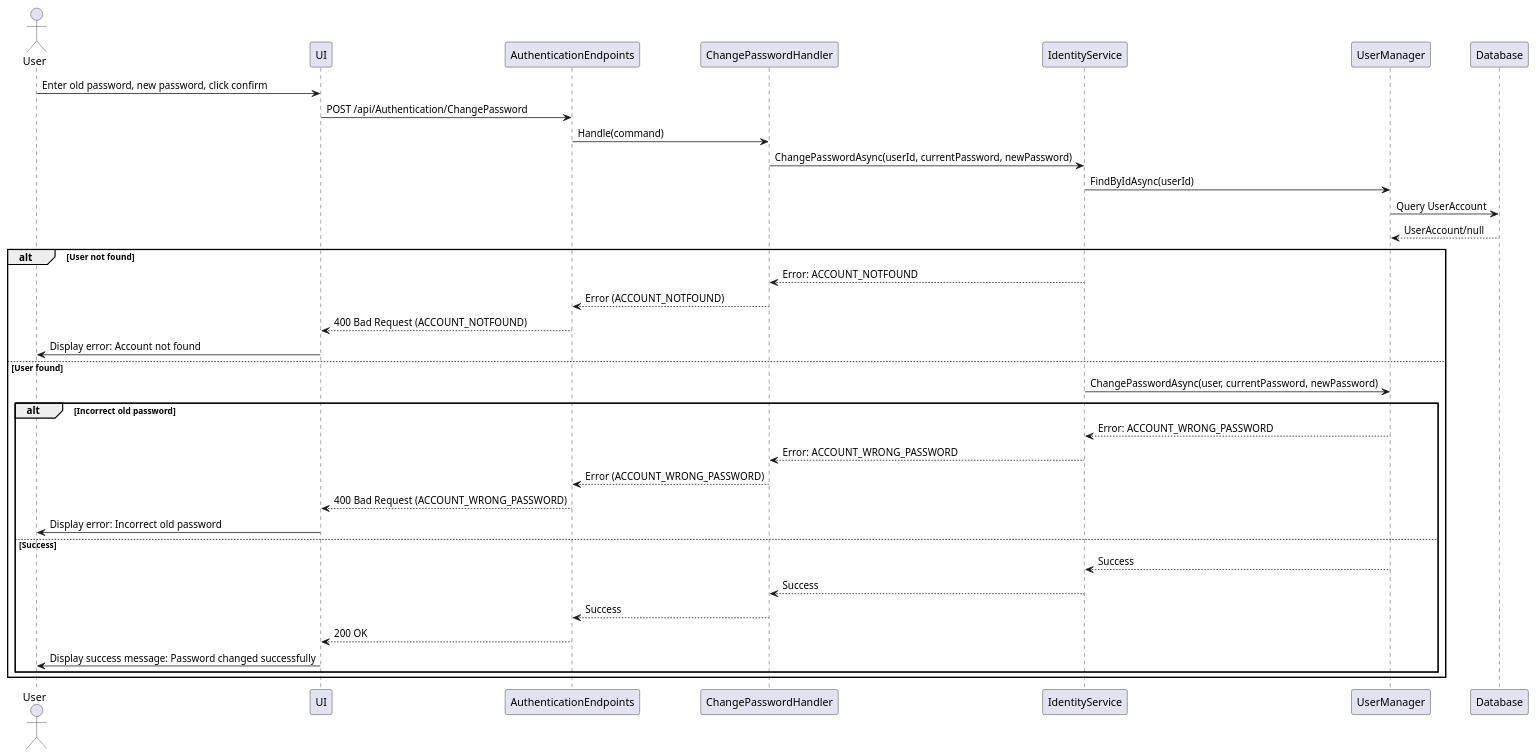
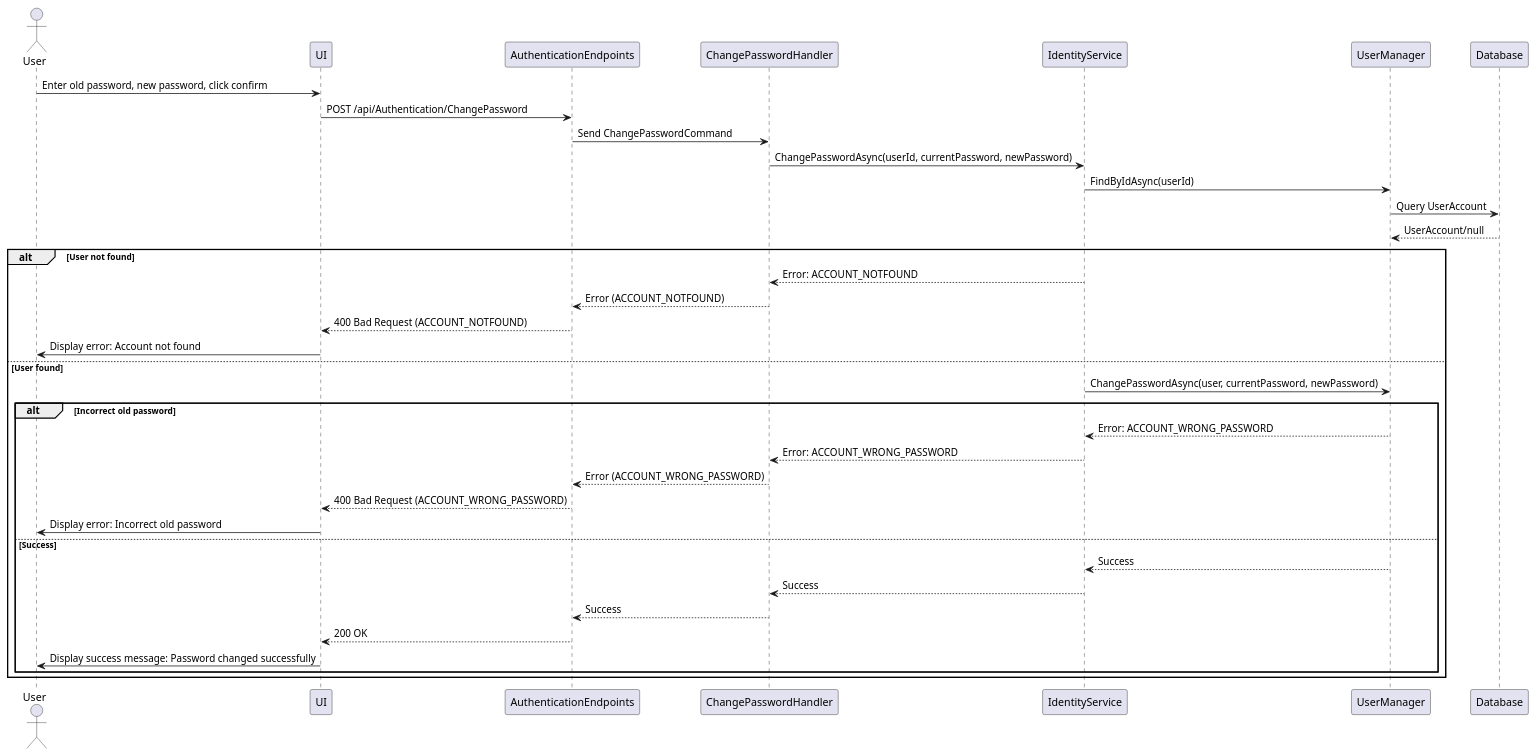
Before and after one commit to thanhkhac/SEP_Diagram: the diagram in authentication/Sequence/10_ChangePassword.puml, drawn with PlantUML. The commit also changed 11 other files, not shown here.

First line of the commit message:
Update authentication sequence diagrams and add SetPassword flow

```diff
--- a/authentication/Sequence/10_ChangePassword.puml
+++ b/authentication/Sequence/10_ChangePassword.puml
@@ -1,38 +1,38 @@
 @startuml
 actor User
 participant UI
 participant AuthenticationEndpoints
 participant ChangePasswordHandler
 participant IdentityService
 participant UserManager
 participant Database
 
 User -> UI : Enter old password, new password, click confirm
 UI -> AuthenticationEndpoints : POST /api/Authentication/ChangePassword
-AuthenticationEndpoints -> ChangePasswordHandler : Handle(command)
+AuthenticationEndpoints -> ChangePasswordHandler : Send ChangePasswordCommand
 ChangePasswordHandler -> IdentityService : ChangePasswordAsync(userId, currentPassword, newPassword)
 IdentityService -> UserManager : FindByIdAsync(userId)
 UserManager -> Database : Query UserAccount
 Database --> UserManager : UserAccount/null
 alt User not found
     IdentityService --> ChangePasswordHandler : Error: ACCOUNT_NOTFOUND
     ChangePasswordHandler --> AuthenticationEndpoints : Error (ACCOUNT_NOTFOUND)
     AuthenticationEndpoints --> UI : 400 Bad Request (ACCOUNT_NOTFOUND)
     UI -> User : Display error: Account not found
 else User found
     IdentityService -> UserManager : ChangePasswordAsync(user, currentPassword, newPassword)
     alt Incorrect old password
         UserManager --> IdentityService : Error: ACCOUNT_WRONG_PASSWORD
         IdentityService --> ChangePasswordHandler : Error: ACCOUNT_WRONG_PASSWORD
         ChangePasswordHandler --> AuthenticationEndpoints : Error (ACCOUNT_WRONG_PASSWORD)
         AuthenticationEndpoints --> UI : 400 Bad Request (ACCOUNT_WRONG_PASSWORD)
         UI -> User : Display error: Incorrect old password
     else Success
         UserManager --> IdentityService : Success
         IdentityService --> ChangePasswordHandler : Success
         ChangePasswordHandler --> AuthenticationEndpoints : Success
         AuthenticationEndpoints --> UI : 200 OK
         UI -> User : Display success message: Password changed successfully
     end
 end
 @enduml
```
